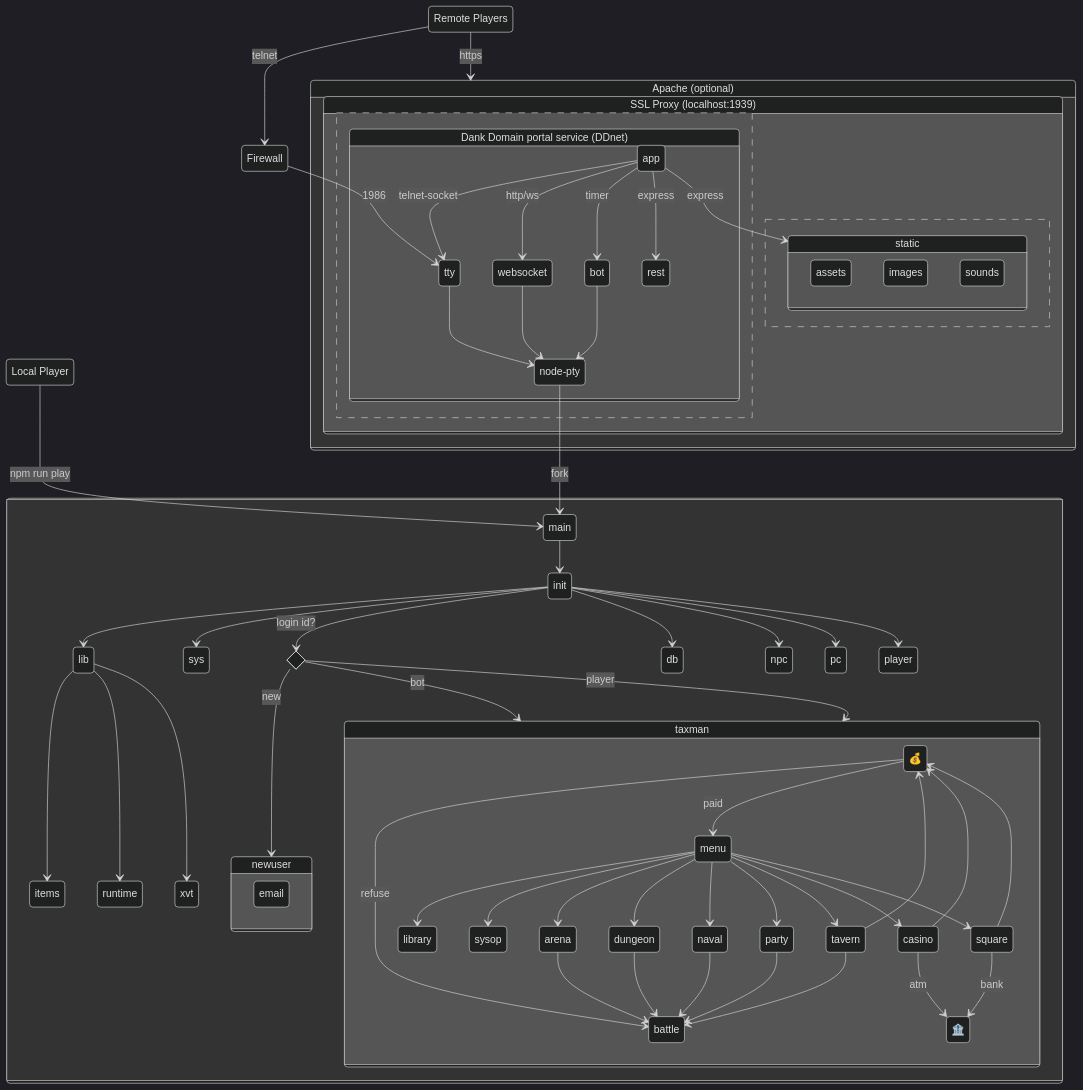
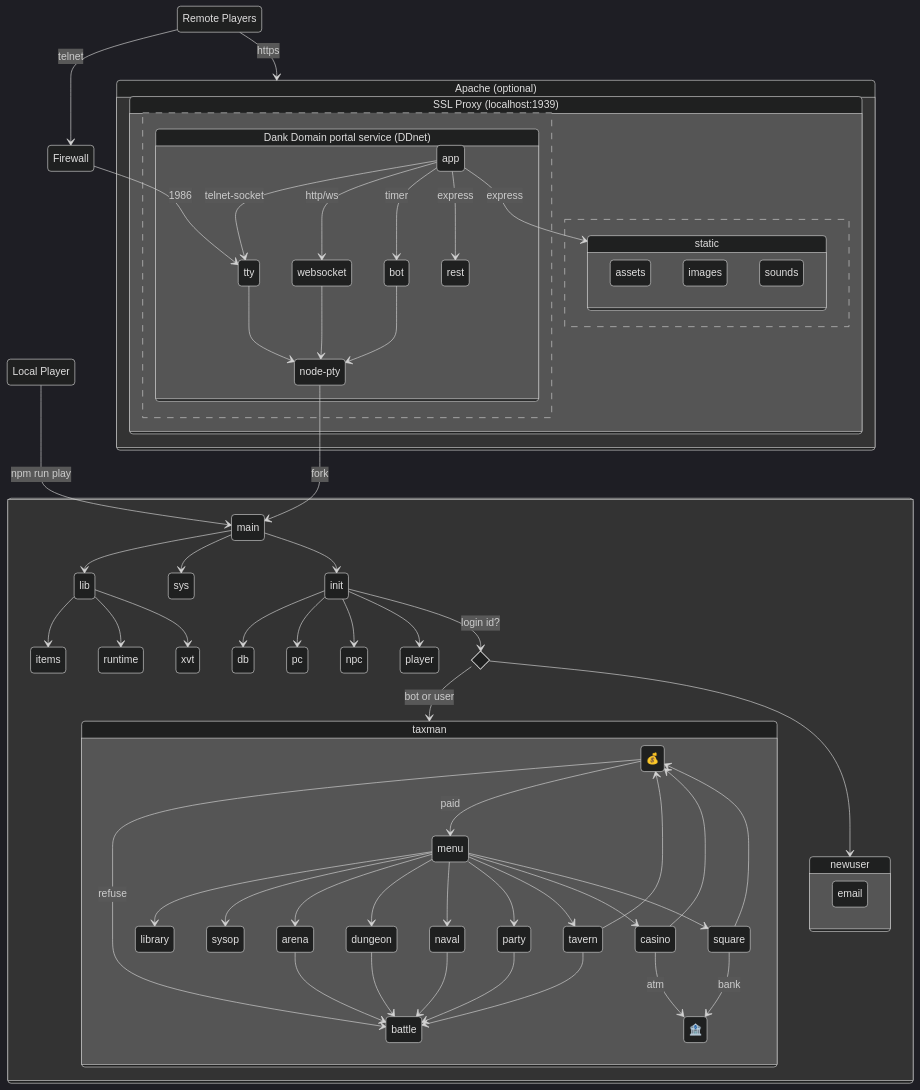
One commit to theflyingape/dankdomain changed the diagram in README.md. Above: the diagram before and after it, drawn with Mermaid.

Commit message:
mermaid corrections

````diff
--- a/README.md
+++ b/README.md
@@ -29,79 +29,78 @@
 ```mermaid
 %%{init: {'theme':'dark'}}%%
 stateDiagram-v2
   direction TB
   Local : Local Player
   Local --> main : npm run play
   Remote : Remote Players
   Remote --> Firewall : telnet
   Remote --> Apache : https
   Firewall --> tty : 1986
   state "Apache (optional)" as Apache {
     state "SSL Proxy (localhost:1939)" as proxy {
       state "Dank Domain portal service (DDnet)" as DDnet {
         app --> tty : telnet-socket
         app --> websocket : http/ws
         app --> bot : timer
         app --> rest : express
         app --> static : express
         fork: node-pty
         tty --> fork
         websocket --> fork
         bot --> fork
         fork --> main : fork
       }
       --
       state static {
         assets
         images
         sounds
       }
     }
   }
 
   state " " as DDgame {
-    main --> init
-    state login <<choice>>
-    init --> sys
-    init --> lib
-    init --> db
-    init --> npc
-    init --> pc
-    init --> player
-    init --> login : login id?
+    main --> lib
     lib --> items
     lib --> runtime
     lib --> xvt
-    login --> newuser : new
-    login --> taxman : bot
-    login --> taxman : player
+    main --> sys
+    main --> init
+    init --> db
+    init --> pc
+    init --> npc
+    init --> player
+    state login <<choice>>
+    init --> login : login id?
+    login --> taxman : bot or user
+    login --> newuser
     state newuser {
       email
     }
     state taxman {
       state "💰" as taxes
       taxes --> battle : refuse
       taxes --> menu : paid
       menu --> library
       menu --> sysop
       menu --> arena
       menu --> dungeon
       menu --> naval
       menu --> party
       menu --> tavern
       menu --> casino
       menu --> square
       arena --> battle
       dungeon --> battle
       naval --> battle
       party --> battle
       tavern --> battle
       casino --> taxes
       square --> taxes
       tavern --> taxes
       state "🏦" as bank
       casino --> bank : atm
       square --> bank : bank
     }
   }
 ```
````
